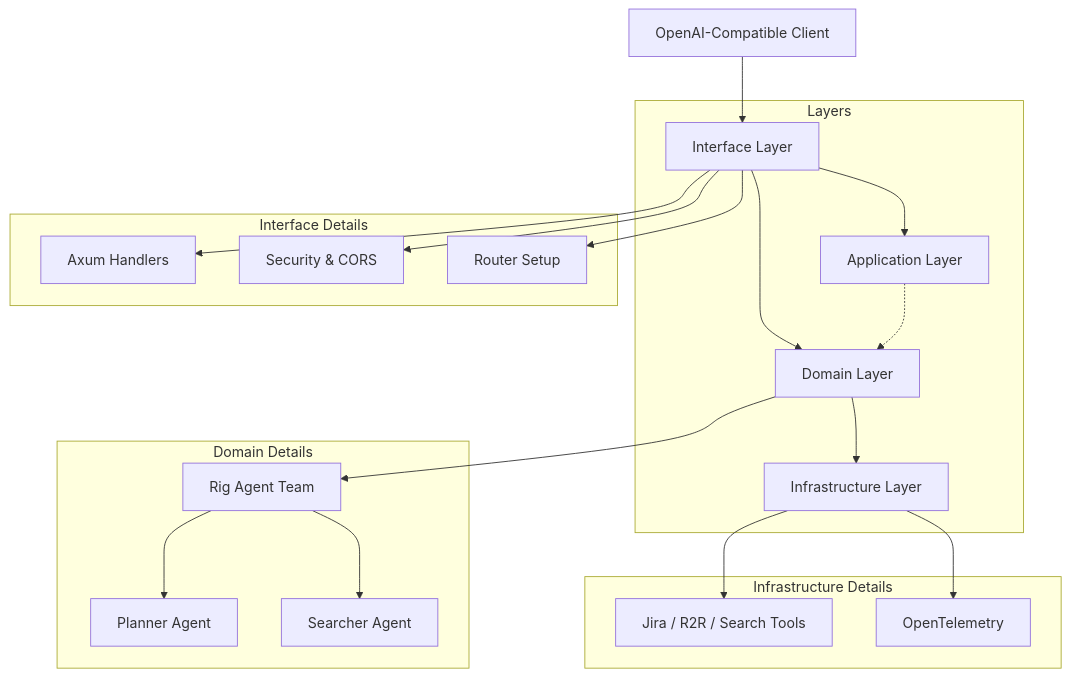
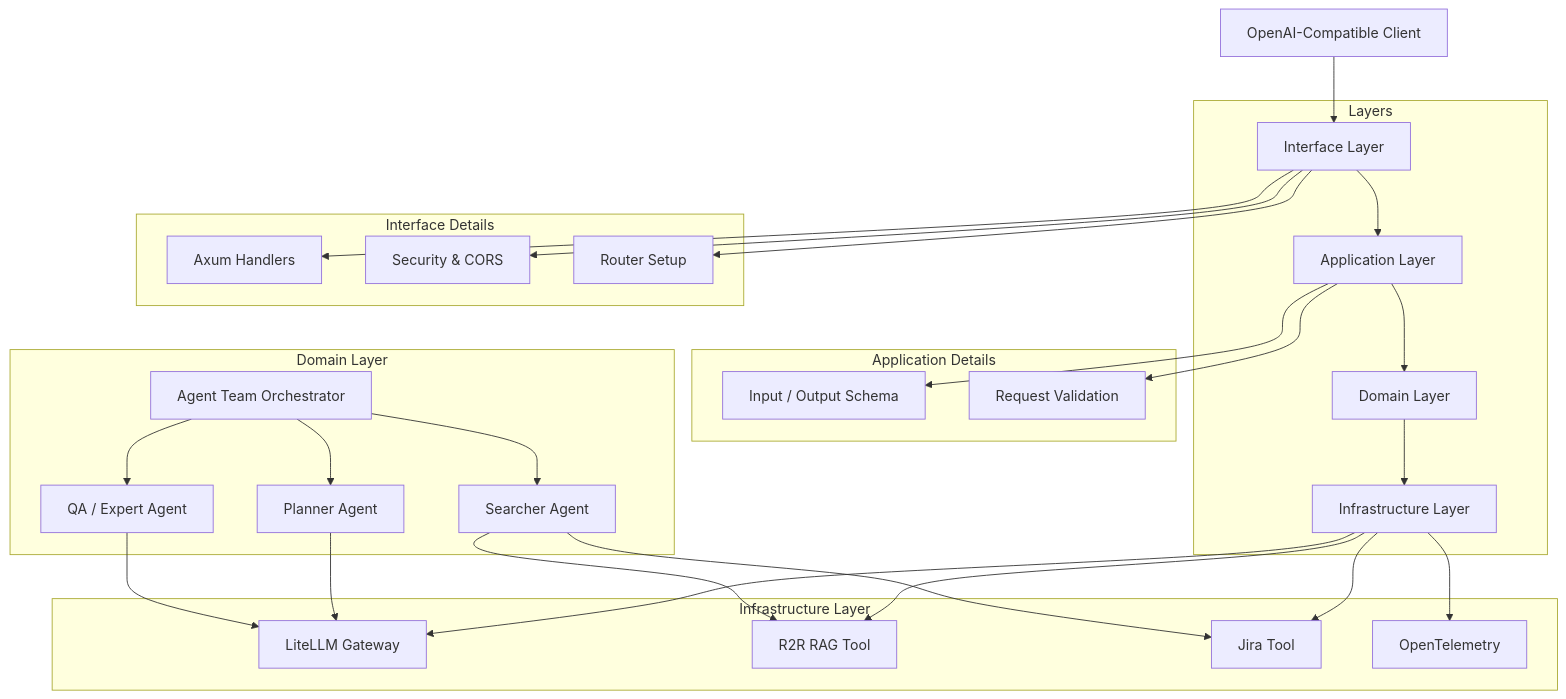
Before and after one commit to lgcorzo/fastapi-autogen-team: the first of 2 diagrams in README.md, drawn with Mermaid.

Commit message:
docs: update architecture diagram in README to reflect application and infrastructure layers

````diff
--- a/README.md
+++ b/README.md
@@ -42,28 +42,41 @@
 ```mermaid
 graph TD
     Client[OpenAI-Compatible Client] --> Interface[Interface Layer]
     
     subgraph Layers
         Interface --> Application[Application Layer]
-        Interface --> Domain[Domain Layer]
+        Application --> Domain[Domain Layer]
         Domain --> Infrastructure[Infrastructure Layer]
-        Application -.-> Domain
     end
 
     subgraph Interface Details
         Interface --> Handlers[Axum Handlers]
         Interface --> Middleware[Security & CORS]
         Interface --> Routes[Router Setup]
     end
 
-    subgraph Domain Details
-        Domain --> AgentTeam[Rig Agent Team]
+    subgraph Application Details
+        Application --> DTOs[Input / Output Schema]
+        Application --> Validation[Request Validation]
+    end
+
+    subgraph Domain Layer
+        AgentTeam[Agent Team Orchestrator]
         AgentTeam --> Planner[Planner Agent]
         AgentTeam --> Searcher[Searcher Agent]
+        AgentTeam --> QA[QA / Expert Agent]
     end
 
-    subgraph Infrastructure Details
-        Infrastructure --> Tools[Jira / R2R / Search Tools]
+    subgraph Infrastructure Layer
+        Infrastructure --> LiteLLM[LiteLLM Gateway]
+        Infrastructure --> R2R[R2R RAG Tool]
+        Infrastructure --> Jira[Jira Tool]
         Infrastructure --> Telemetry[OpenTelemetry]
     end
+
+    %% Dependencies
+    Planner --> LiteLLM
+    Searcher --> R2R
+    Searcher --> Jira
+    QA --> LiteLLM
 ```
````
